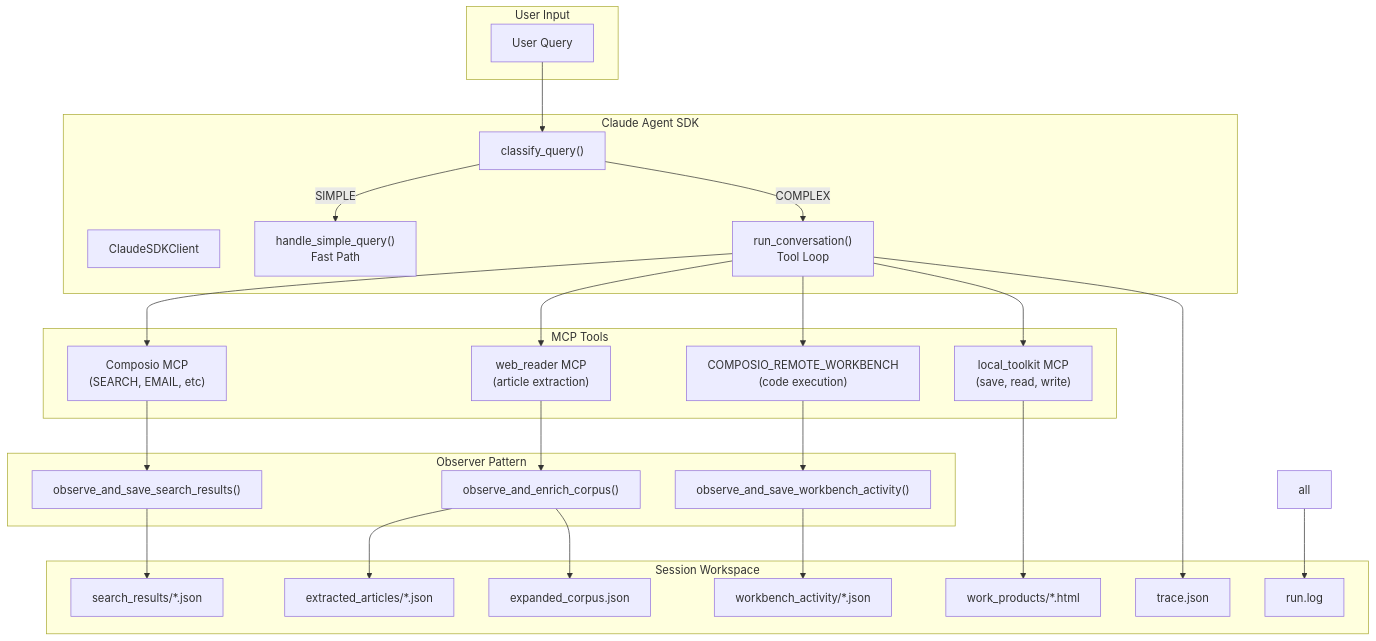
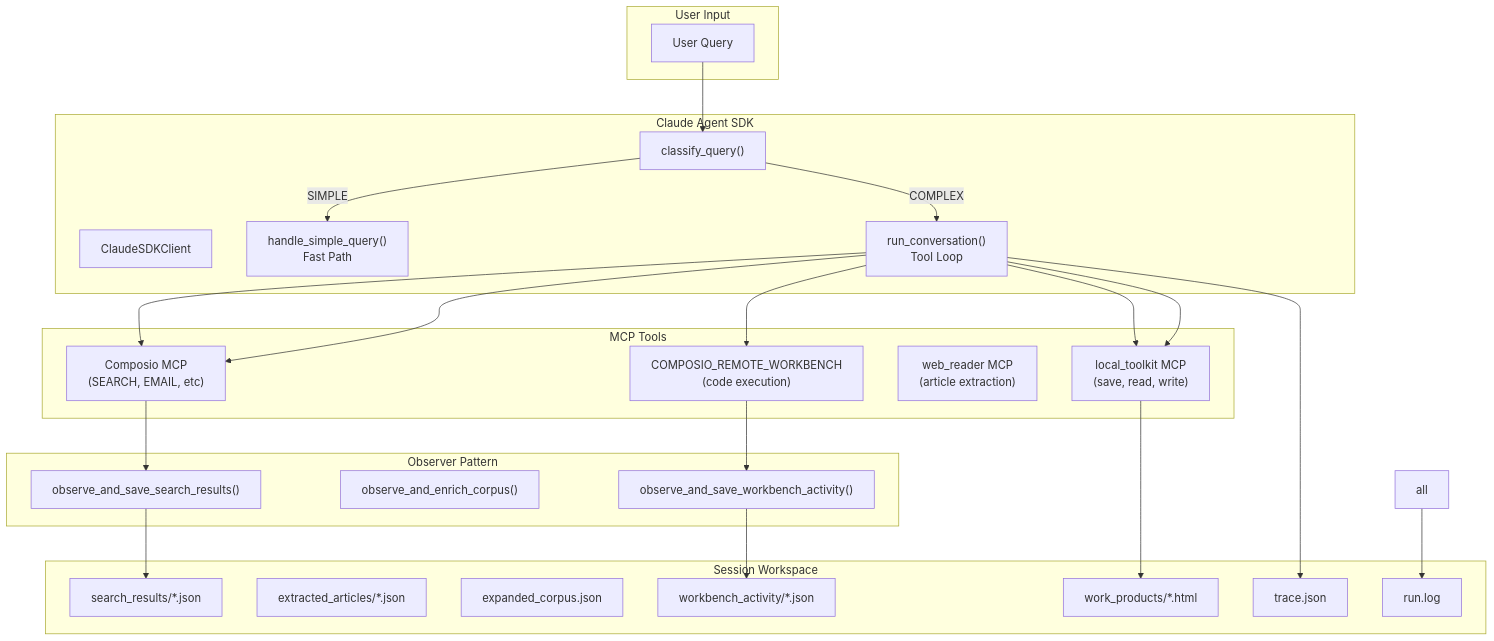
Before and after one commit to Kjdragan/universal_agent: the fourth of 10 diagrams in Project_Documentation/Architecture/07_workspace_data_flow.md, drawn with Mermaid. The commit also changed other lines of this file and 15 other files, not shown here.

````diff
--- a/Project_Documentation/Architecture/07_workspace_data_flow.md
+++ b/Project_Documentation/Architecture/07_workspace_data_flow.md
@@ -148,58 +138,56 @@
 ```mermaid
 flowchart TD
     subgraph Input["User Input"]
         QUERY["User Query"]
     end
 
     subgraph Agent["Claude Agent SDK"]
         CLIENT["ClaudeSDKClient"]
         CLASSIFY["classify_query()"]
         SIMPLE["handle_simple_query()<br/>Fast Path"]
         COMPLEX["run_conversation()<br/>Tool Loop"]
     end
 
     subgraph Tools["MCP Tools"]
         COMPOSIO["Composio MCP<br/>(SEARCH, EMAIL, etc)"]
         LOCAL["local_toolkit MCP<br/>(save, read, write)"]
         READER["web_reader MCP<br/>(article extraction)"]
         WORKBENCH["COMPOSIO_REMOTE_WORKBENCH<br/>(code execution)"]
     end
 
     subgraph Observers["Observer Pattern"]
         SERP_OBS["observe_and_save_search_results()"]
         CORP_OBS["observe_and_enrich_corpus()"]
         WB_OBS["observe_and_save_workbench_activity()"]
     end
 
     subgraph Workspace["Session Workspace"]
         SR["search_results/*.json"]
         EA["extracted_articles/*.json"]
         CORP["expanded_corpus.json"]
         WA["workbench_activity/*.json"]
         WP["work_products/*.html"]
         TRACE["trace.json"]
         LOG["run.log"]
     end
 
     QUERY --> CLASSIFY
     CLASSIFY -->|SIMPLE| SIMPLE
     CLASSIFY -->|COMPLEX| COMPLEX
 
     COMPLEX --> COMPOSIO
     COMPLEX --> LOCAL
-    COMPLEX --> READER
+    COMPLEX --> COMPOSIO
+    COMPLEX --> LOCAL
     COMPLEX --> WORKBENCH
 
     COMPOSIO --> SERP_OBS
-    READER --> CORP_OBS
     WORKBENCH --> WB_OBS
 
     SERP_OBS --> SR
-    CORP_OBS --> EA
-    CORP_OBS --> CORP
     WB_OBS --> WA
 
     LOCAL --> WP
     COMPLEX --> TRACE
     all --> LOG
 ```
````
